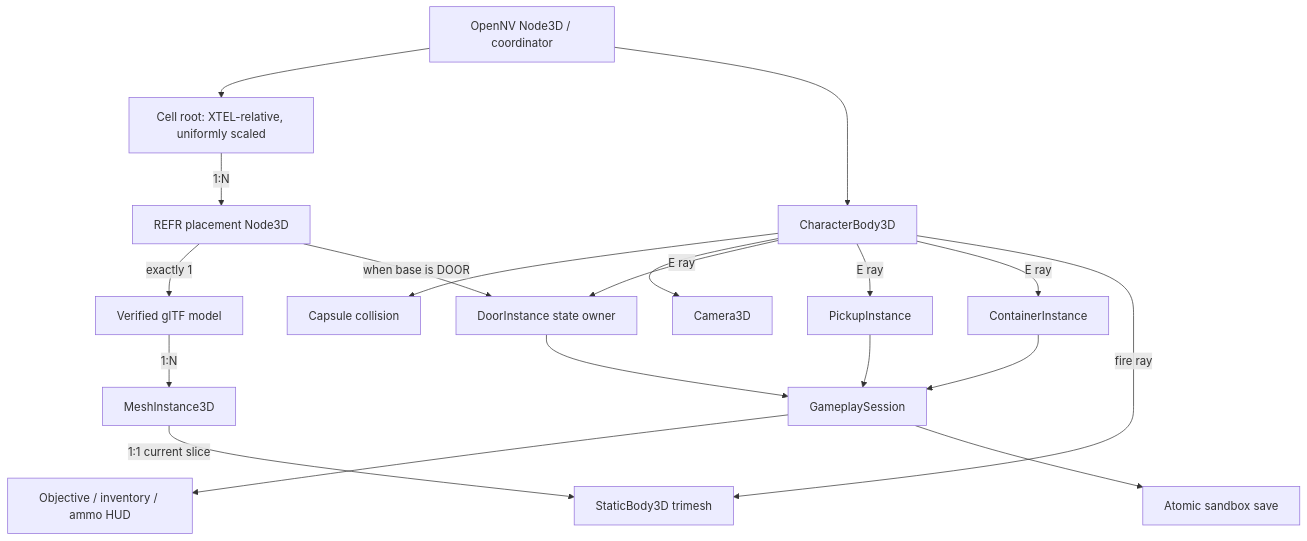
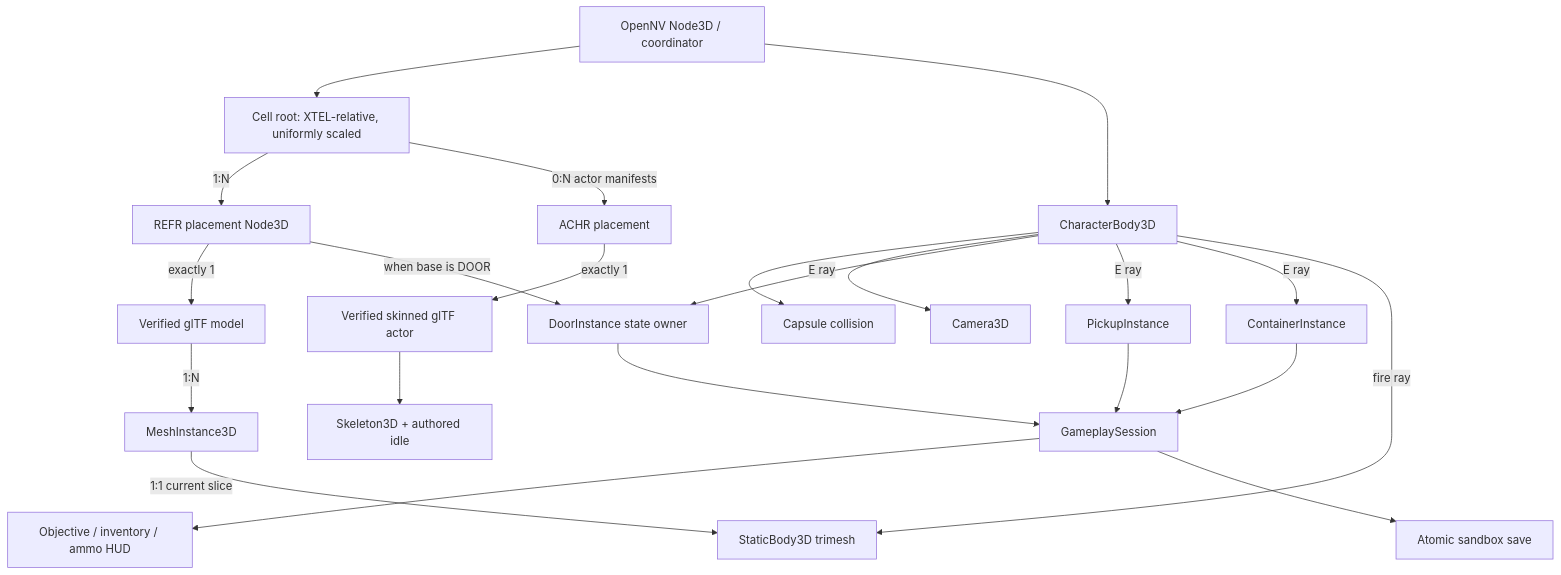
The second of 5 diagrams in docs/architecture.md (nikamigaming-create/OpenNV), drawn with Mermaid before and after one commit. The commit also changed other lines of this file and 7 other files, not shown here.

````diff
--- a/docs/architecture.md
+++ b/docs/architecture.md
@@ -28,22 +28,25 @@
 ```mermaid
 flowchart TD
     Runtime[OpenNV Node3D / coordinator]
     Runtime --> CellRoot[Cell root: XTEL-relative, uniformly scaled]
     CellRoot -->|1:N| Placement[REFR placement Node3D]
     Placement -->|exactly 1| Model[Verified glTF model]
     Model -->|1:N| Mesh[MeshInstance3D]
     Mesh -->|1:1 current slice| Collision[StaticBody3D trimesh]
     Placement -->|when base is DOOR| Door[DoorInstance state owner]
     Runtime --> Player[CharacterBody3D]
     Player --> Capsule[Capsule collision]
     Player --> Camera[Camera3D]
     Player -->|E ray| Door
     Player -->|E ray| Pickup[PickupInstance]
     Player -->|E ray| Container[ContainerInstance]
     Player -->|fire ray| Collision
     Pickup --> Session[GameplaySession]
     Container --> Session
     Door --> Session
     Session --> Hud[Objective / inventory / ammo HUD]
     Session --> Save[Atomic sandbox save]
+    CellRoot -->|0:N actor manifests| ActorPlacement[ACHR placement]
+    ActorPlacement -->|exactly 1| ActorModel[Verified skinned glTF actor]
+    ActorModel --> ActorSkeleton[Skeleton3D + authored idle]
 ```
````
